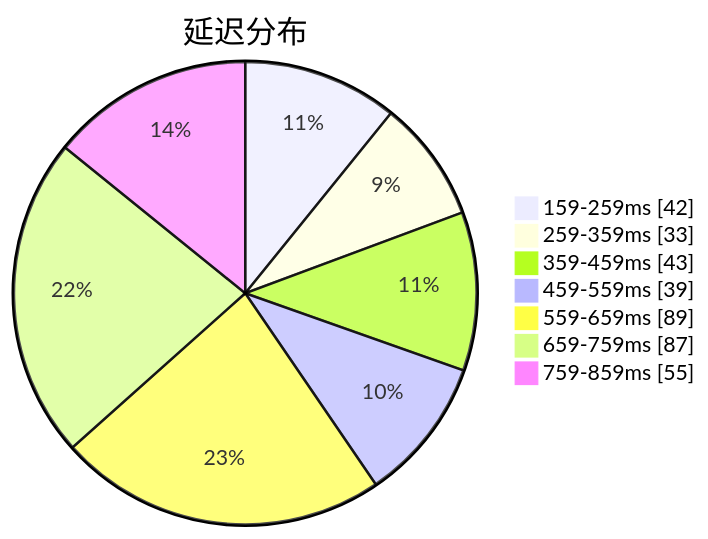
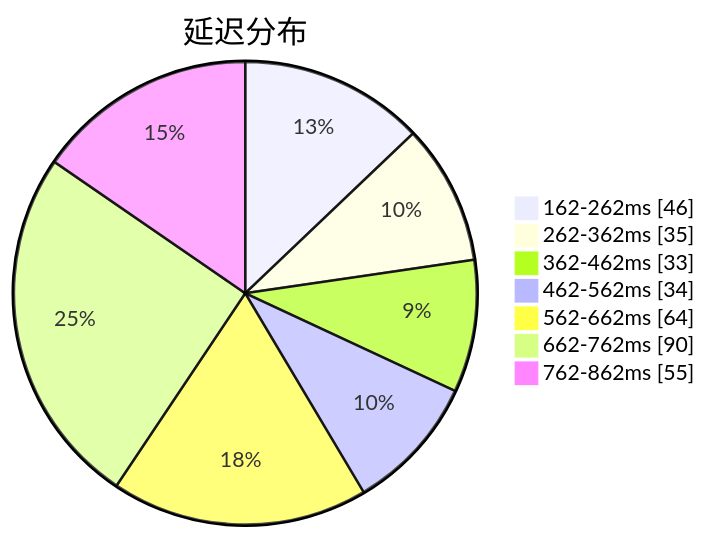
Before and after one commit to qjlxg/airport: the first of 3 diagrams in subs/statistics/tested_within.md, drawn with Mermaid. The commit also changed other lines of this file and 2 other files, not shown here.

````diff
--- a/subs/statistics/tested_within.md
+++ b/subs/statistics/tested_within.md
@@ -2,11 +2,11 @@
 ```mermaid
 pie showData
 title 延迟分布
-"159-259ms" : 42
-"259-359ms" : 33
-"359-459ms" : 43
-"459-559ms" : 39
-"559-659ms" : 89
-"659-759ms" : 87
-"759-859ms" : 55
+"162-262ms" : 46
+"262-362ms" : 35
+"362-462ms" : 33
+"462-562ms" : 34
+"562-662ms" : 64
+"662-762ms" : 90
+"762-862ms" : 55
 ```
````
